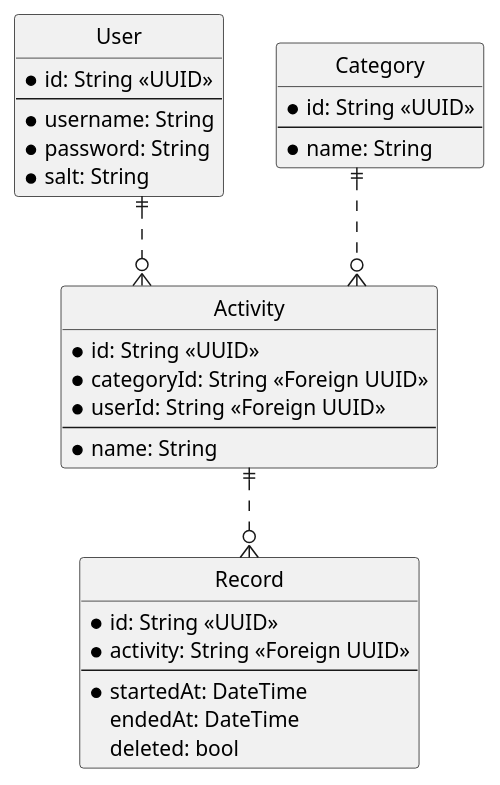
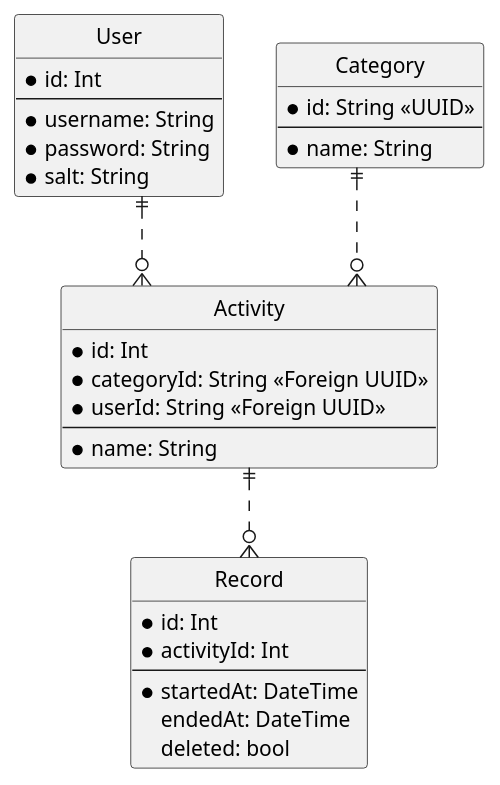
One commit to Qas1modo/PV247-project-time-tracker changed the diagram in diagrams/ERD.puml. Above: the diagram before and after it, drawn with PlantUML. The commit also changed 7 other files, not shown here.

```diff
--- a/diagrams/ERD.puml
+++ b/diagrams/ERD.puml
@@ -1,39 +1,39 @@
 @startuml TimeTracker
 hide circle
 skinparam Linetype ortho
 
 entity User {
-    *id: String <<UUID>>
+    *id: Int
     ---
     *username: String
     *password: String
     *salt: String
 }
 
 entity Activity {    
-    *id: String <<UUID>>
+    *id: Int
     *categoryId: String <<Foreign UUID>>
     *userId: String <<Foreign UUID>>
     ---
     *name: String
 }
 
 entity Record {
-    *id: String <<UUID>>
-    *activity: String <<Foreign UUID>>
+    *id: Int
+    *activityId: Int
     ---
     *startedAt: DateTime
     endedAt: DateTime
     deleted: bool
 }
 
 entity Category {
     *id: String <<UUID>>
     ---
     *name: String
 }
 
 User ||..o{ Activity
 Category ||..o{ Activity
 Activity ||..o{ Record 
 @enduml
```
